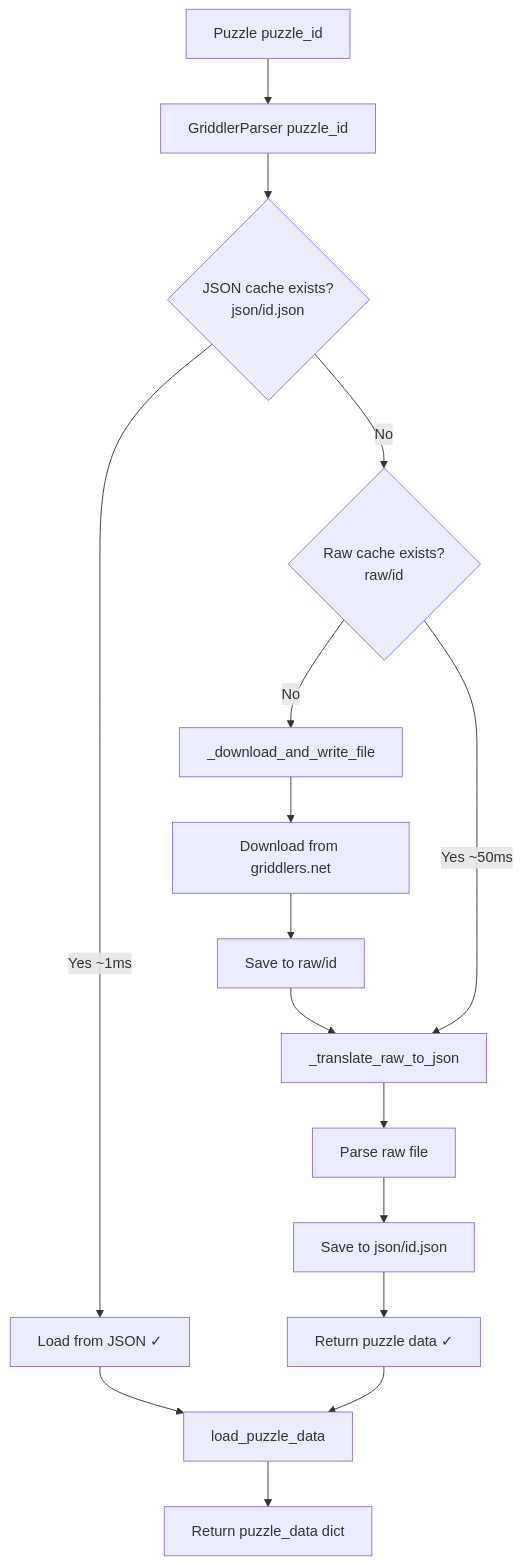
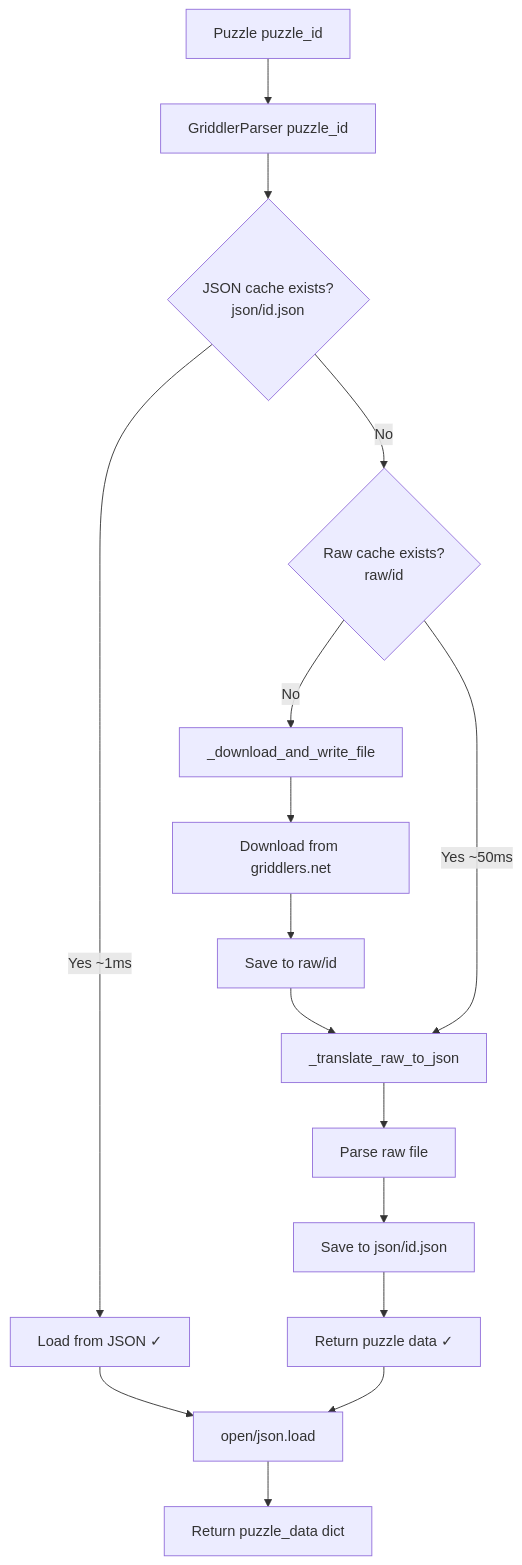
Before and after one commit to chicotobi/pygriddler: the first of 3 diagrams in docs/ARCHITECTURE.md, drawn with Mermaid. The commit also changed other lines of this file and 2 other files, not shown here.

Commit message:
docu update

````diff
--- a/docs/ARCHITECTURE.md
+++ b/docs/ARCHITECTURE.md
@@ -38,18 +38,18 @@
 ```mermaid
 flowchart TD
     A[Puzzle puzzle_id] --> B[GriddlerParser puzzle_id]
     B --> C{JSON cache exists?<br/>json/id.json}
     C -->|Yes ~1ms| D[Load from JSON ✓]
     C -->|No| E{Raw cache exists?<br/>raw/id}
     E -->|No| F[_download_and_write_file]
     F --> G[Download from griddlers.net]
     G --> H[Save to raw/id]
     H --> I[_translate_raw_to_json]
     E -->|Yes ~50ms| I
     I --> J[Parse raw file]
     J --> K[Save to json/id.json]
     K --> L[Return puzzle data ✓]
-    D --> M[load_puzzle_data]
+    D --> M[open/json.load]
     L --> M
     M --> N[Return puzzle_data dict]
 ```
````
